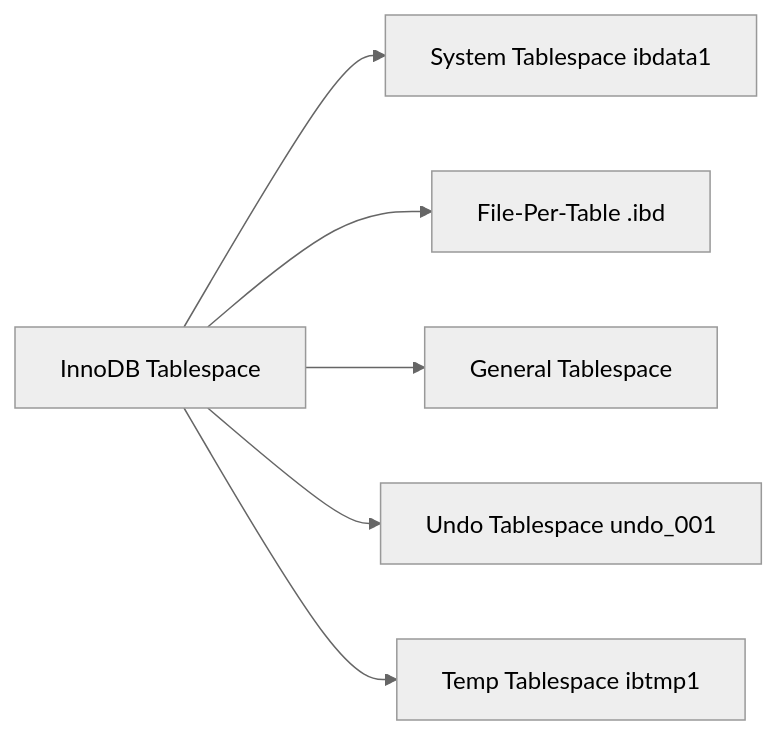
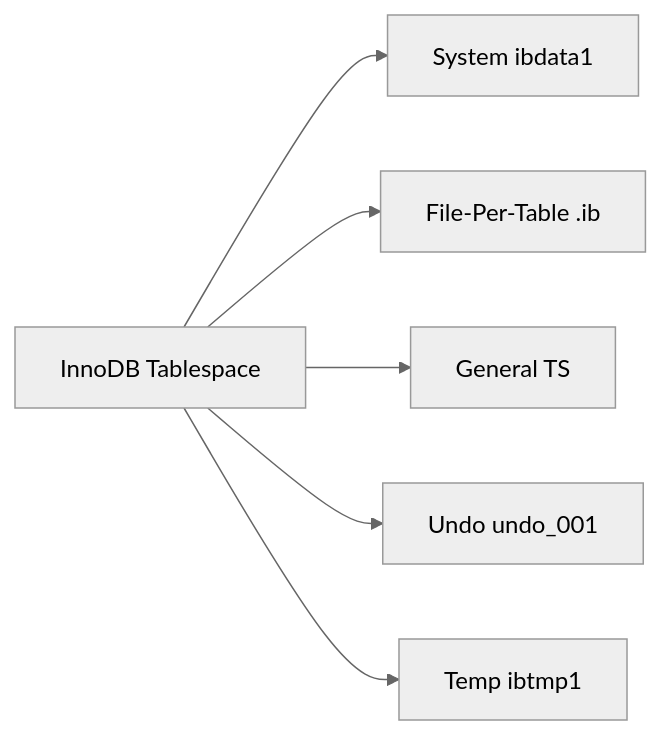
One commit to yjkim2015/yjkim2015.github.io changed the fifth of 11 diagrams in _posts/db/2026-05-01-db-internals.md. Above: the diagram before and after it, drawn with Mermaid (neutral theme). The commit also changed other lines of this file and 245 other files, not shown here.

First line of the commit message:
Mermaid 다이어그램 전면 수정 + 면접 포인트 접기/펼치기 + DB 데드락 페이지

````diff
--- a/_posts/db/2026-05-01-db-internals.md
+++ b/_posts/db/2026-05-01-db-internals.md
@@ -501,8 +501,8 @@
 ```mermaid
 graph LR
-    TS["InnoDB Tablespace"] --> SYS["System Tablespace ibdata1"]
-    TS --> FPT["File-Per-Table .ibd"]
-    TS --> GEN["General Tablespace"]
-    TS --> UNDO["Undo Tablespace undo_001"]
-    TS --> TEMP["Temp Tablespace ibtmp1"]
+    TS["InnoDB Tablespace"] --> SYS["System ibdata1"]
+    TS --> FPT["File-Per-Table .ib"]
+    TS --> GEN["General TS"]
+    TS --> UNDO["Undo undo_001"]
+    TS --> TEMP["Temp ibtmp1"]
 ```
````
